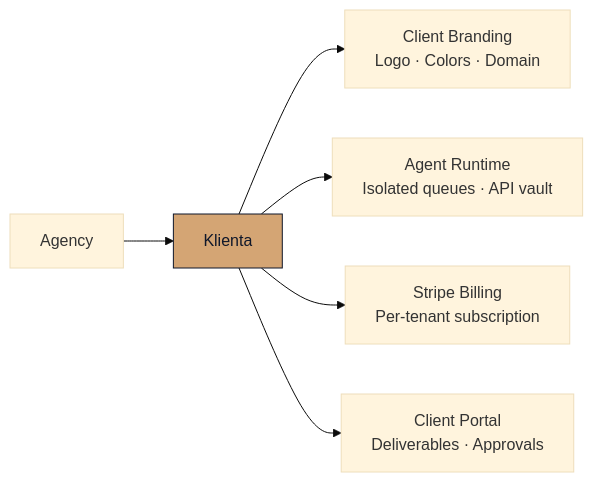
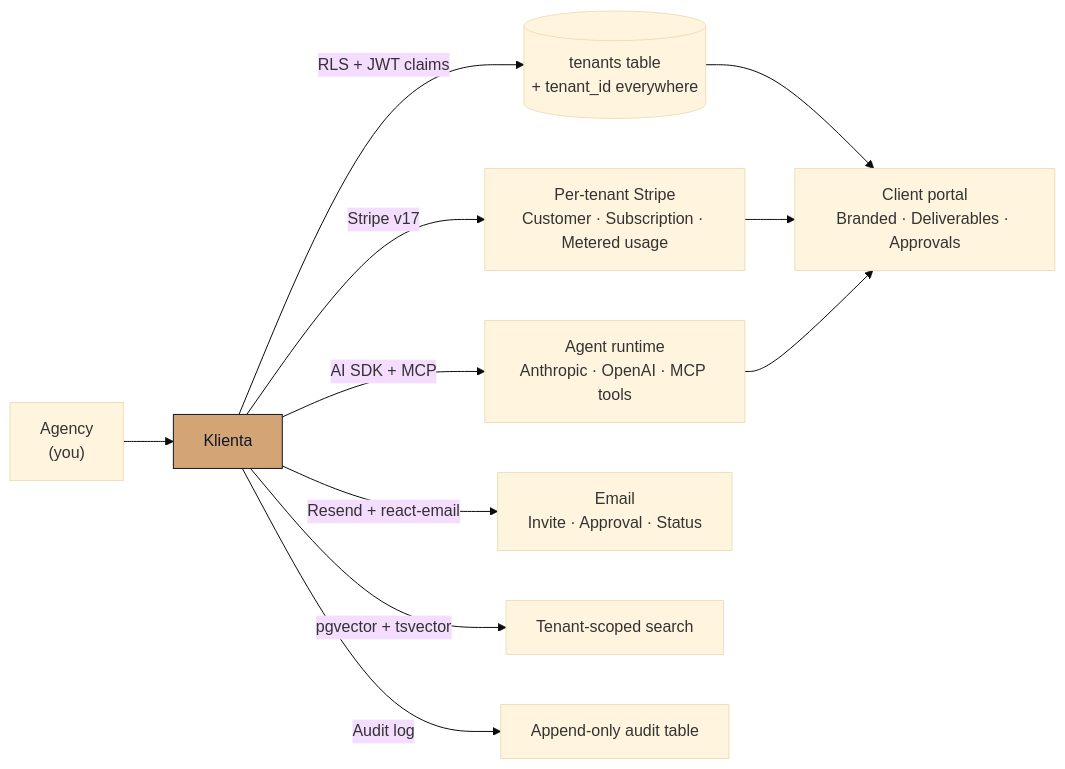
Before and after one commit to ByteWorthyLLC/klienta-public: the diagram in README.md, drawn with Mermaid (base theme). The commit also changed other lines of this file and 5 other files, not shown here.

````diff
--- a/README.md
+++ b/README.md
@@ -33,11 +67,18 @@
 ```mermaid
 flowchart LR
-    Agency["Agency"] --> Klienta
-    Klienta --> B["Client Branding\nLogo · Colors · Domain"]
-    Klienta --> C["Agent Runtime\nIsolated queues · API vault"]
-    Klienta --> D["Stripe Billing\nPer-tenant subscription"]
-    Klienta --> E["Client Portal\nDeliverables · Approvals"]
+  Agency["Agency<br/>(you)"] --> Klienta
 
-    classDef klienta fill:#D4A574,stroke:#0F172A,color:#0F172A
-    class Klienta klienta
+  Klienta -->|RLS + JWT claims| Tenants[("tenants table<br/>+ tenant_id everywhere")]
+  Klienta -->|Stripe v17| Billing["Per-tenant Stripe<br/>Customer · Subscription · Metered usage"]
+  Klienta -->|AI SDK + MCP| Agents["Agent runtime<br/>Anthropic · OpenAI · MCP tools"]
+  Klienta -->|Resend + react-email| Email["Email<br/>Invite · Approval · Status"]
+  Klienta -->|pgvector + tsvector| Search["Tenant-scoped search"]
+  Klienta -->|Audit log| Trail["Append-only audit table"]
+
+  Tenants --> ClientPortal["Client portal<br/>Branded · Deliverables · Approvals"]
+  Billing --> ClientPortal
+  Agents --> ClientPortal
+
+  classDef klienta fill:#D4A574,stroke:#0F172A,color:#0F172A
+  class Klienta klienta
 ```
````
